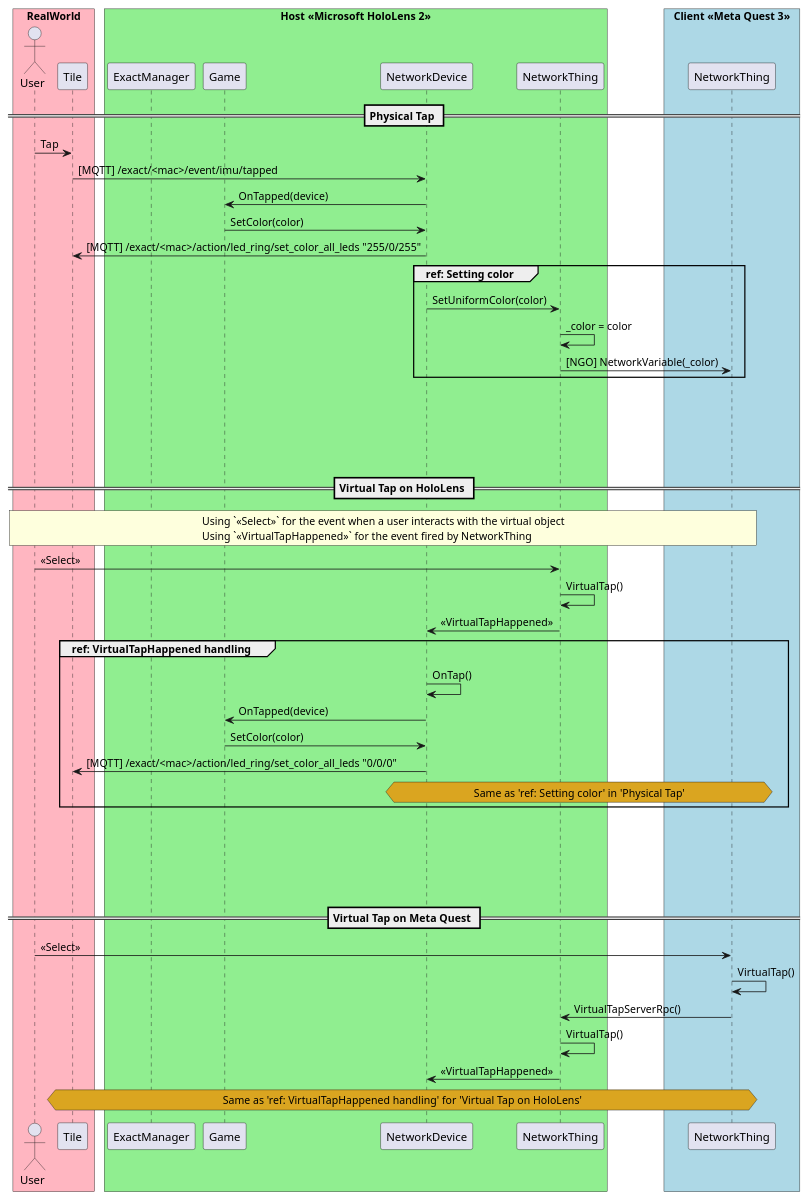
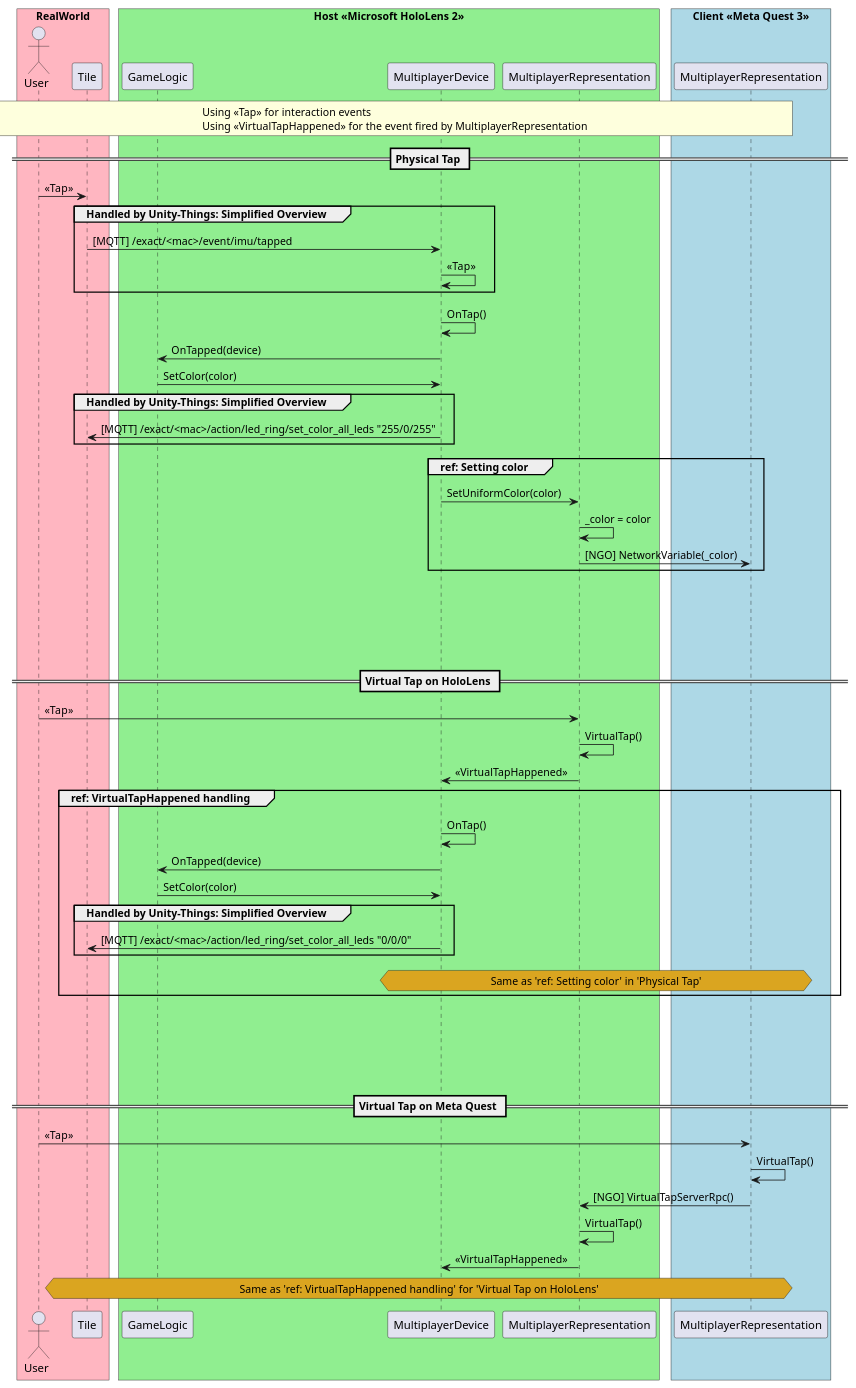
One commit to JorgenMartin/MRIoT changed the diagram in docs/sequenceMPInt.puml. Above: the diagram before and after it, drawn with PlantUML. The commit also changed 9 other files, not shown here.

Commit message:
docs: update with diagram changes from the thesis

```diff
--- a/docs/sequenceMPInt.puml
+++ b/docs/sequenceMPInt.puml
@@ -1,72 +1,84 @@
 @startuml sequenceDiagramMPInt
 
 !pragma teoz true
 box "RealWorld" #LightPink
     actor User
     participant Tile as PD
 end box
 
 box "Host <<Microsoft HoloLens 2>>" #LightGreen
-    participant ExactManager as Exact
-    participant Game
-    participant NetworkDevice as ND
-    participant NetworkThing as NTHL
+    ' participant ExactManager as Exact
+    participant GameLogic as Game
+    participant MultiplayerDevice as ND
+    participant MultiplayerRepresentation as NTHL
 end box
 
 box "Client <<Meta Quest 3>>" #LightBlue
-    participant NetworkThing as NTMQ
+    participant MultiplayerRepresentation as NTMQ
 end box
 
+rnote across
+    Using <<Tap>> for interaction events
+    Using <<VirtualTapHappened>> for the event fired by MultiplayerRepresentation
+endnote
 
 == Physical Tap ==
 
-User -> PD : Tap
-PD -> ND : [MQTT] /exact/<mac>/event/imu/tapped
+User -> PD : <<Tap>>
+group Handled by Unity-Things: Simplified Overview
+    PD -> ND : [MQTT] /exact/<mac>/event/imu/tapped
+    ND -> ND : <<Tap>>
+end
+ND -> ND : OnTap()
 ND -> Game : OnTapped(device)
 Game -> ND : SetColor(color)
-ND -> PD : [MQTT] /exact/<mac>/action/led_ring/set_color_all_leds "255/0/255"
+group Handled by Unity-Things: Simplified Overview
+    ND -> PD : [MQTT] /exact/<mac>/action/led_ring/set_color_all_leds "255/0/255"
+end
 
 'over ND, NTMQ
 group ref: Setting color
     ND -> NTHL : SetUniformColor(color)
     NTHL -> NTHL : _color = color
     NTHL -> NTMQ : [NGO] NetworkVariable(_color)
 end
 
 ||100||
 == Virtual Tap on HoloLens ==
 
-rnote across
-    Using `<<Select>>` for the event when a user interacts with the virtual object
-    Using `<<VirtualTapHappened>>` for the event fired by NetworkThing
-endnote
+' rnote across
+'     Using `<<Select>>` for the event when a user interacts with the virtual object
+'     Using `<<VirtualTapHappened>>` for the event fired by MultiplayerRepresentation
+' endnote
 
-User -> NTHL : <<Select>>
+User -> NTHL : <<Tap>>
 NTHL -> NTHL : VirtualTap()
 NTHL -> ND : <<VirtualTapHappened>>
 
 'over PD, NTMQ
 group ref: VirtualTapHappened handling
     ND -> ND : OnTap()
     ND -> Game : OnTapped(device)
     Game -> ND : SetColor(color)
-    ND -> PD : [MQTT] /exact/<mac>/action/led_ring/set_color_all_leds "0/0/0"
+    group Handled by Unity-Things: Simplified Overview
+        ND -> PD : [MQTT] /exact/<mac>/action/led_ring/set_color_all_leds "0/0/0"
+    end
     hnote over ND, NTMQ #GoldenRod
         Same as 'ref: Setting color' in 'Physical Tap'
     endnote
 end
 
 ||100||
 == Virtual Tap on Meta Quest ==
 
-User -> NTMQ : <<Select>>
+User -> NTMQ : <<Tap>>
 NTMQ -> NTMQ : VirtualTap()
-NTMQ -> NTHL : VirtualTapServerRpc()
+NTMQ -> NTHL : [NGO] VirtualTapServerRpc()
 NTHL -> NTHL : VirtualTap()
 NTHL -> ND : <<VirtualTapHappened>>
 
 hnote over PD, NTMQ #GoldenRod
     Same as 'ref: VirtualTapHappened handling' for 'Virtual Tap on HoloLens'
 endnote
 
 @end
```
